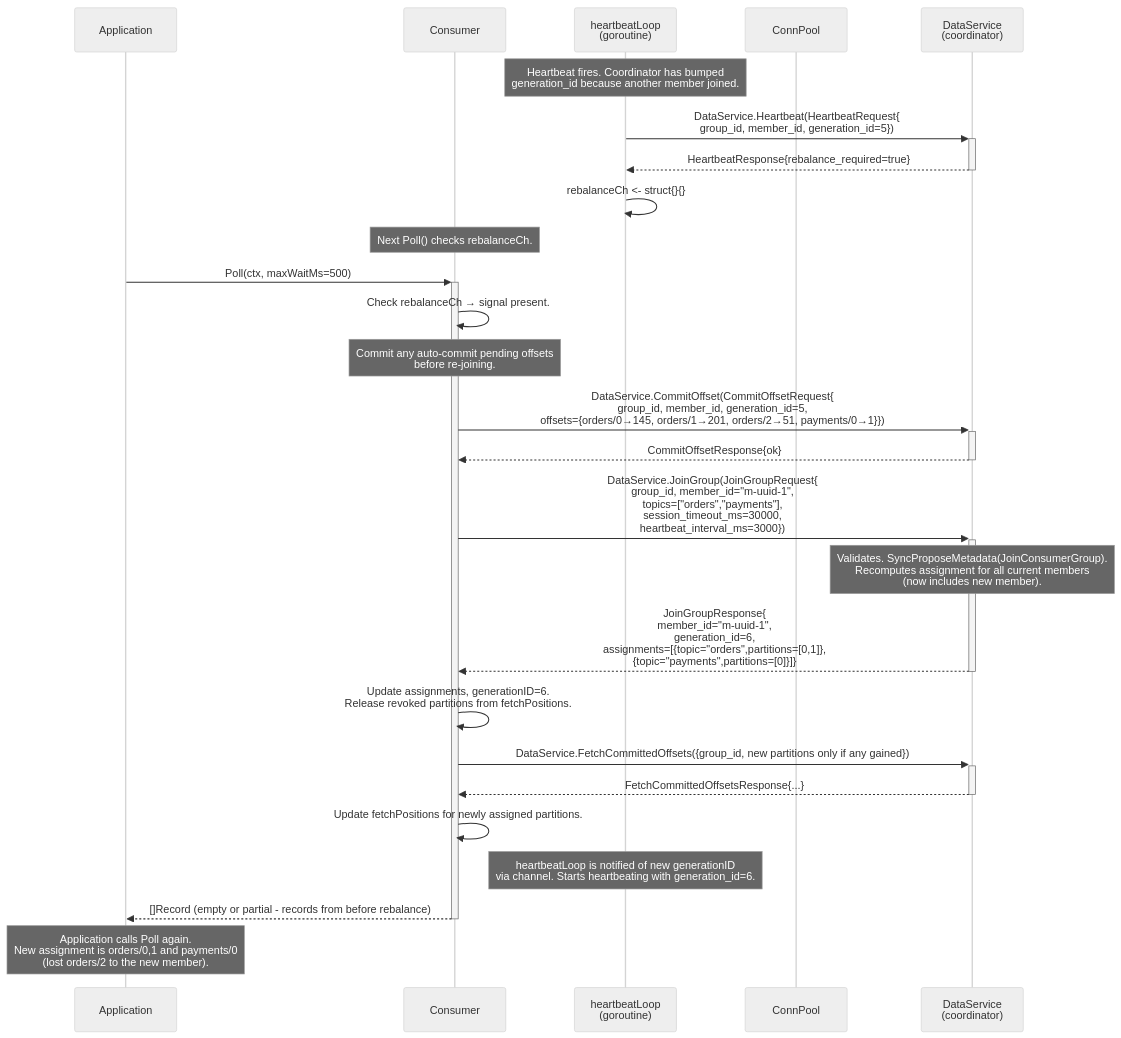
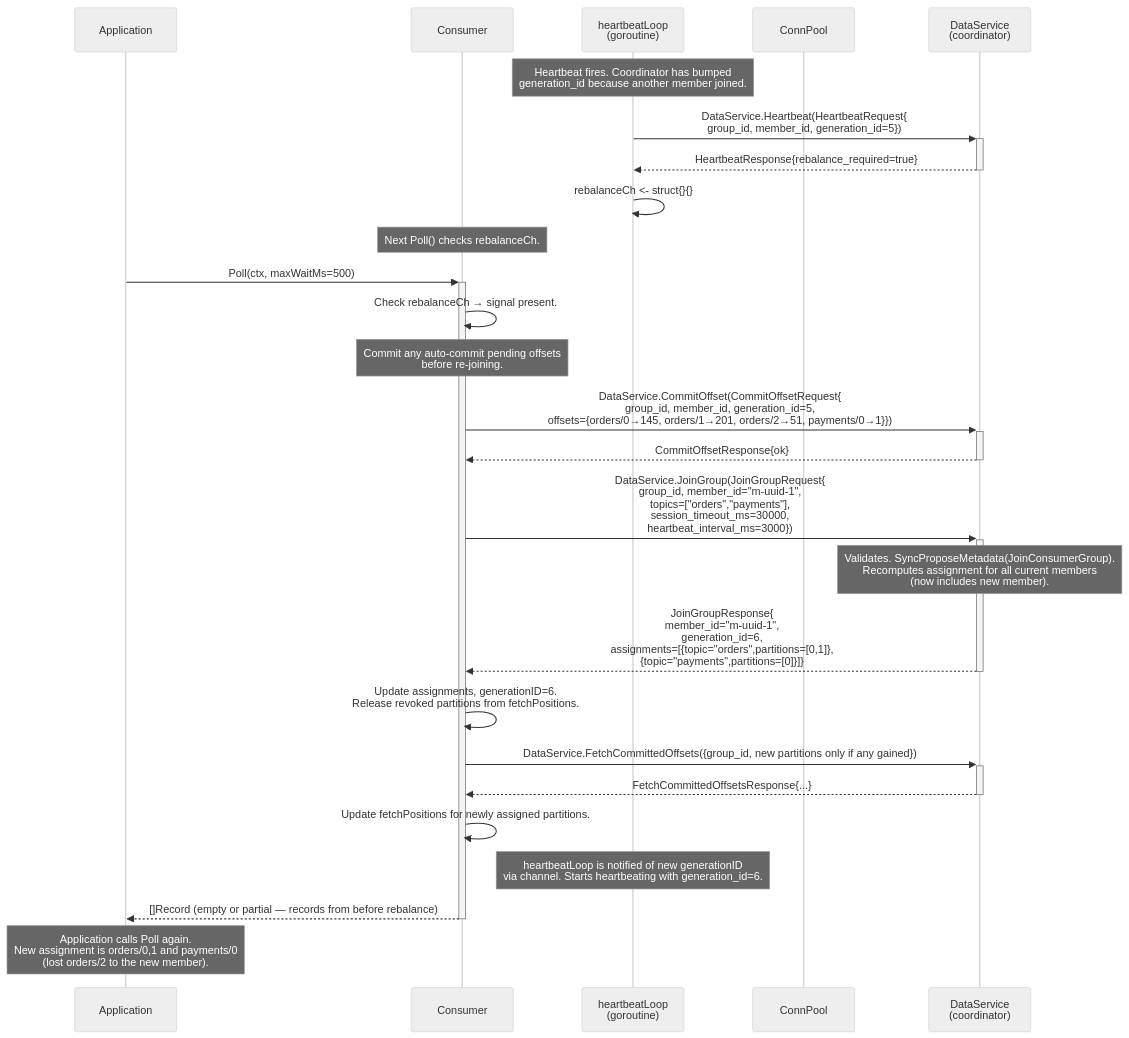
Before and after one commit to bunnymq/bunnymq: the third of 5 diagrams in docs/design/sequence/client-consumer-poll.md, drawn with Mermaid (neutral theme). The commit also changed other lines of this file and 86 other files, not shown here.

````diff
--- a/docs/design/sequence/client-consumer-poll.md
+++ b/docs/design/sequence/client-consumer-poll.md
@@ -91,42 +91,42 @@
 ```mermaid
 sequenceDiagram
     participant App as Application
     participant C as Consumer
     participant HB as heartbeatLoop<br/>(goroutine)
     participant CP as ConnPool
     participant GC as DataService<br/>(coordinator)
 
     Note over HB: Heartbeat fires. Coordinator has bumped<br/>generation_id because another member joined.
 
     HB->>+GC: DataService.Heartbeat(HeartbeatRequest{<br/>group_id, member_id, generation_id=5})
     GC-->>-HB: HeartbeatResponse{rebalance_required=true}
 
     HB->>HB: rebalanceCh <- struct{}{}
 
     Note over C: Next Poll() checks rebalanceCh.
 
     App->>+C: Poll(ctx, maxWaitMs=500)
     C->>C: Check rebalanceCh → signal present.
 
     Note over C: Commit any auto-commit pending offsets<br/>before re-joining.
 
     C->>+GC: DataService.CommitOffset(CommitOffsetRequest{<br/>group_id, member_id, generation_id=5,<br/>offsets={orders/0→145, orders/1→201, orders/2→51, payments/0→1}})
     GC-->>-C: CommitOffsetResponse{ok}
 
     C->>+GC: DataService.JoinGroup(JoinGroupRequest{<br/>group_id, member_id="m-uuid-1",<br/>topics=["orders","payments"],<br/>session_timeout_ms=30000,<br/>heartbeat_interval_ms=3000})
     Note over GC: Validates. SyncProposeMetadata(JoinConsumerGroup).<br/>Recomputes assignment for all current members<br/>(now includes new member).
     GC-->>-C: JoinGroupResponse{<br/>member_id="m-uuid-1",<br/>generation_id=6,<br/>assignments=[{topic="orders",partitions=[0,1]},<br/>{topic="payments",partitions=[0]}]}
 
     C->>C: Update assignments, generationID=6.<br/>Release revoked partitions from fetchPositions.
 
     C->>+GC: DataService.FetchCommittedOffsets({group_id, new partitions only if any gained})
     GC-->>-C: FetchCommittedOffsetsResponse{...}
 
     C->>C: Update fetchPositions for newly assigned partitions.
 
     Note over HB: heartbeatLoop is notified of new generationID<br/>via channel. Starts heartbeating with generation_id=6.
 
-    C-->>-App: []Record (empty or partial - records from before rebalance)
+    C-->>-App: []Record (empty or partial — records from before rebalance)
 
     Note over App: Application calls Poll again.<br/>New assignment is orders/0,1 and payments/0<br/>(lost orders/2 to the new member).
 ```
````
